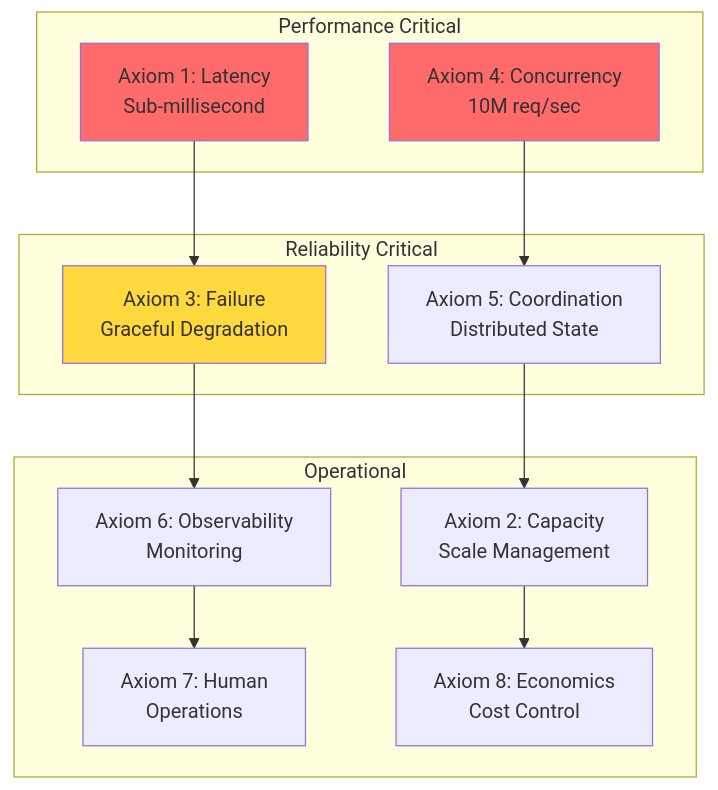
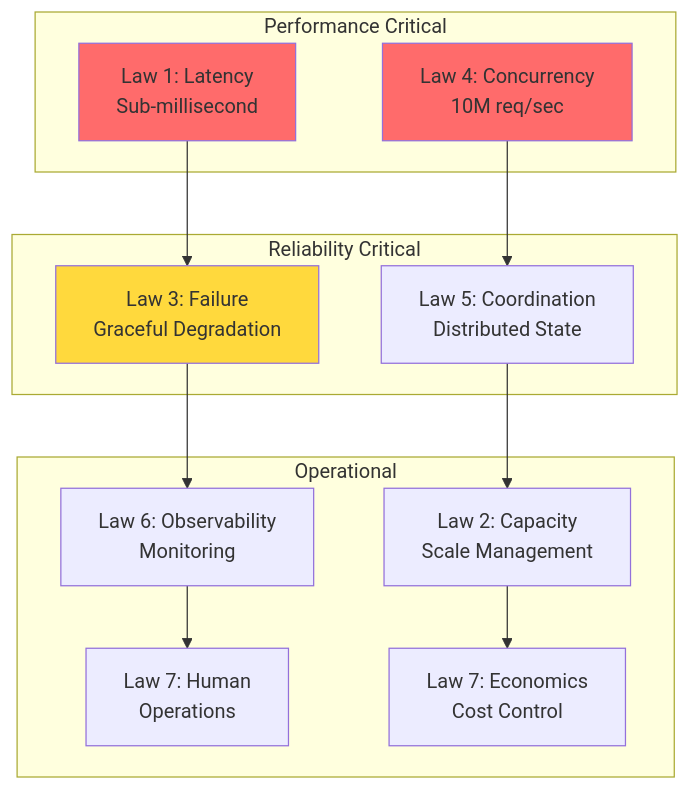
Before and after one commit to deepaucksharma/DStudio: diagram 14 of 20 in docs/case-studies/rate-limiter.md, drawn with Mermaid. The commit also changed other lines of this file and 470 other files, not shown here.

````diff
--- a/docs/case-studies/rate-limiter.md
+++ b/docs/case-studies/rate-limiter.md
@@ -708,30 +708,30 @@
 ```mermaid
 graph TB
     subgraph "Performance Critical"
-        A1[Axiom 1: Latency<br/>Sub-millisecond]
-        A4[Axiom 4: Concurrency<br/>10M req/sec]
+        A1[Law 1: Latency<br/>Sub-millisecond]
+        A4[Law 4: Concurrency<br/>10M req/sec]
     end
     
     subgraph "Reliability Critical"
-        A3[Axiom 3: Failure<br/>Graceful Degradation]
-        A5[Axiom 5: Coordination<br/>Distributed State]
+        A3[Law 3: Failure<br/>Graceful Degradation]
+        A5[Law 5: Coordination<br/>Distributed State]
     end
     
     subgraph "Operational"
-        A2[Axiom 2: Capacity<br/>Scale Management]
-        A6[Axiom 6: Observability<br/>Monitoring]
-        A7[Axiom 7: Human<br/>Operations]
-        A8[Axiom 8: Economics<br/>Cost Control]
+        A2[Law 2: Capacity<br/>Scale Management]
+        A6[Law 6: Observability<br/>Monitoring]
+        A7[Law 7: Human<br/>Operations]
+        A8[Law 7: Economics<br/>Cost Control]
     end
     
     A1 --> A3
     A4 --> A5
     A3 --> A6
     A5 --> A2
     A6 --> A7
     A2 --> A8
     
     style A1 fill:#ff6b6b
     style A4 fill:#ff6b6b
     style A3 fill:#ffd93d
 ```
````
